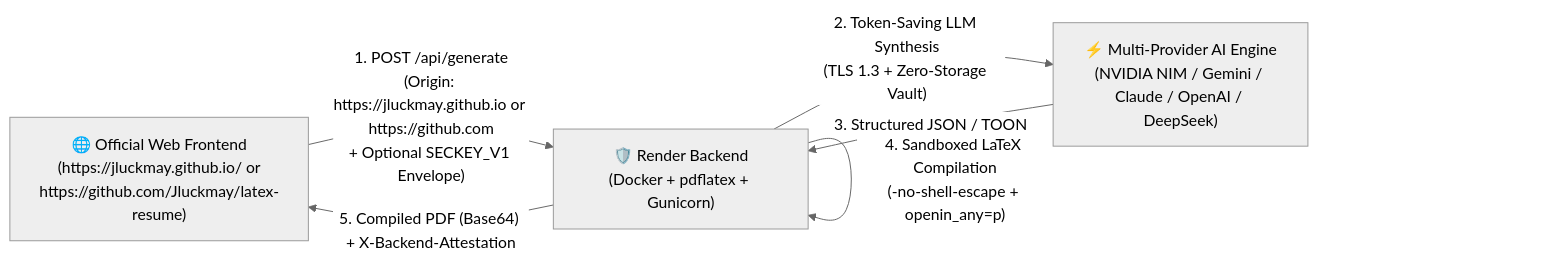
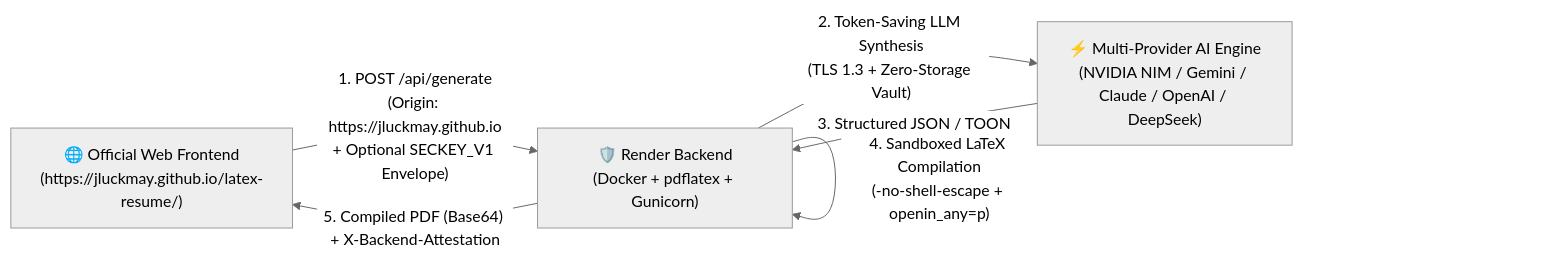
Before and after one commit to Jluckmay/latex-resume: the second of 2 diagrams in README.md, drawn with Mermaid (neutral theme). The commit also changed other lines of this file and 2 other files, not shown here.

Commit message:
fix(security): revoke communication permissions for github repo URL and restrict origin strictly to GitHub Pages

````diff
--- a/README.md
+++ b/README.md
@@ -545,8 +544,8 @@
 ```mermaid
 flowchart LR
-    A["🌐 Official Web Frontend<br>(https://jluckmay.github.io/ or<br>https://github.com/Jluckmay/latex-resume)"] -- "1. POST /api/generate<br>(Origin: https://jluckmay.github.io or https://github.com<br>+ Optional SECKEY_V1 Envelope)" --> B["🛡️ Render Backend<br>(Docker + pdflatex + Gunicorn)"]
+    A["🌐 Official Web Frontend<br>(https://jluckmay.github.io/latex-resume/)"] -- "1. POST /api/generate<br>(Origin: https://jluckmay.github.io<br>+ Optional SECKEY_V1 Envelope)" --> B["🛡️ Render Backend<br>(Docker + pdflatex + Gunicorn)"]
     B -- "2. Token-Saving LLM Synthesis<br>(TLS 1.3 + Zero-Storage Vault)" --> C["⚡ Multi-Provider AI Engine<br>(NVIDIA NIM / Gemini / Claude / OpenAI / DeepSeek)"]
     C -- "3. Structured JSON / TOON" --> B
     B -- "4. Sandboxed LaTeX Compilation<br>(-no-shell-escape + openin_any=p)" --> B
     B -- "5. Compiled PDF (Base64) + X-Backend-Attestation" --> A
 ```
````
